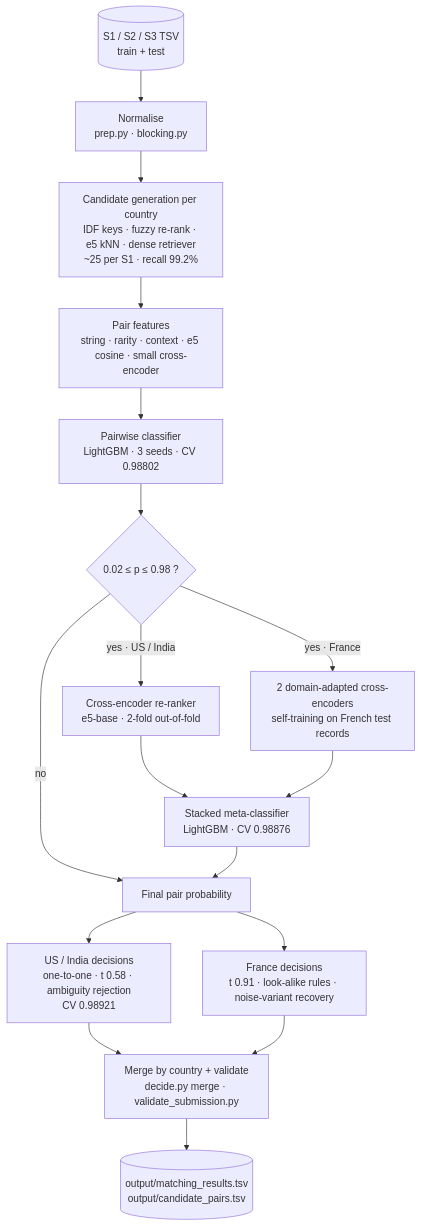
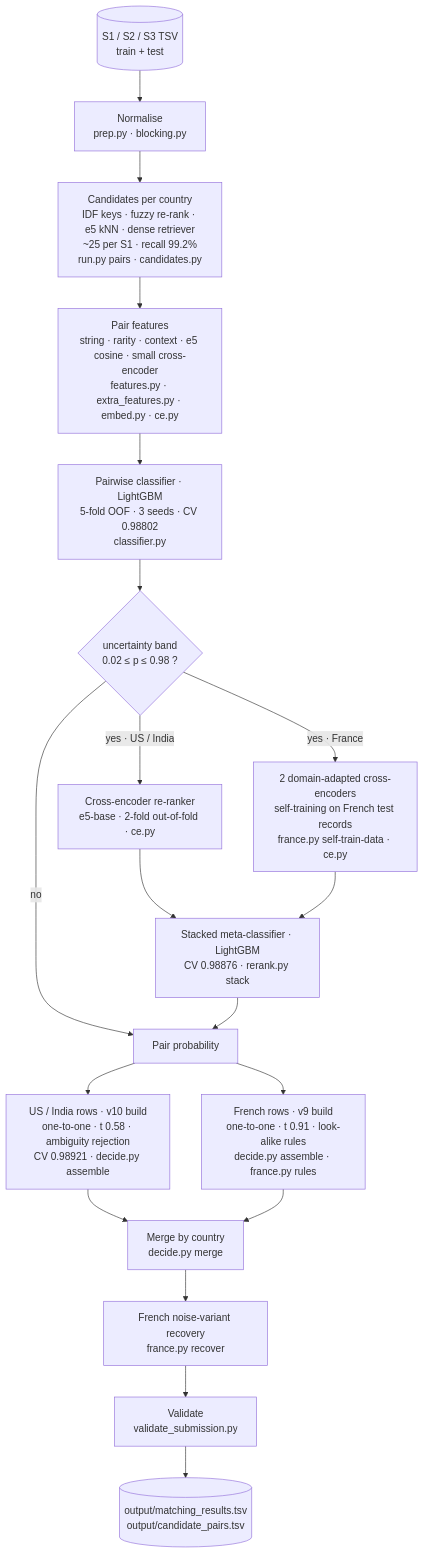
Before and after one commit to Martial-Gautam/Amazon-ML-Challenge-2026: the diagram in code/business_entity_resolution/README.md, drawn with Mermaid. The commit also changed other lines of this file and 1 other file, not shown here.

Commit message:
README: pipeline flow chart and stage table updated to the current modules; table shown without toggle
Claude-Session: https://claude.ai/code/session_01RNAC2TRk3mkK1hWcGgdbPS

````diff
--- a/code/business_entity_resolution/README.md
+++ b/code/business_entity_resolution/README.md
@@ -151,19 +151,21 @@
 ```mermaid
 flowchart TD
     A[("S1 / S2 / S3 TSV<br/>train + test")] --> B["Normalise<br/>prep.py · blocking.py"]
-    B --> C["Candidate generation per country<br/>IDF keys · fuzzy re-rank · e5 kNN · dense retriever<br/>~25 per S1 · recall 99.2%"]
-    C --> D["Pair features<br/>string · rarity · context · e5 cosine · small cross-encoder"]
-    D --> E["Pairwise classifier<br/>LightGBM · 3 seeds · CV 0.98802"]
-    E --> F{"0.02 ≤ p ≤ 0.98 ?"}
-    F -- "no" --> K["Final pair probability"]
-    F -- "yes · US / India" --> G["Cross-encoder re-ranker<br/>e5-base · 2-fold out-of-fold"]
-    F -- "yes · France" --> H["2 domain-adapted cross-encoders<br/>self-training on French test records"]
-    G --> I["Stacked meta-classifier<br/>LightGBM · CV 0.98876"]
+    B --> C["Candidates per country<br/>IDF keys · fuzzy re-rank · e5 kNN · dense retriever<br/>~25 per S1 · recall 99.2%<br/>run.py pairs · candidates.py"]
+    C --> D["Pair features<br/>string · rarity · context · e5 cosine · small cross-encoder<br/>features.py · extra_features.py · embed.py · ce.py"]
+    D --> E["Pairwise classifier · LightGBM<br/>5-fold OOF · 3 seeds · CV 0.98802<br/>classifier.py"]
+    E --> F{"uncertainty band<br/>0.02 ≤ p ≤ 0.98 ?"}
+    F -- "no" --> K["Pair probability"]
+    F -- "yes · US / India" --> G["Cross-encoder re-ranker<br/>e5-base · 2-fold out-of-fold · ce.py"]
+    F -- "yes · France" --> H["2 domain-adapted cross-encoders<br/>self-training on French test records<br/>france.py self-train-data · ce.py"]
+    G --> I["Stacked meta-classifier · LightGBM<br/>CV 0.98876 · rerank.py stack"]
     H --> I
     I --> K
-    K --> L["US / India decisions<br/>one-to-one · t 0.58 · ambiguity rejection<br/>CV 0.98921"]
-    K --> M["France decisions<br/>t 0.91 · look-alike rules · noise-variant recovery"]
-    L --> N["Merge by country + validate<br/>decide.py merge · validate_submission.py"]
+    K --> L["US / India rows · v10 build<br/>one-to-one · t 0.58 · ambiguity rejection<br/>CV 0.98921 · decide.py assemble"]
+    K --> M["French rows · v9 build<br/>one-to-one · t 0.91 · look-alike rules<br/>decide.py assemble · france.py rules"]
+    L --> N["Merge by country<br/>decide.py merge"]
     M --> N
-    N --> O[("output/matching_results.tsv<br/>output/candidate_pairs.tsv")]
+    N --> R["French noise-variant recovery<br/>france.py recover"]
+    R --> V["Validate<br/>validate_submission.py"]
+    V --> O[("output/matching_results.tsv<br/>output/candidate_pairs.tsv")]
 ```
````
